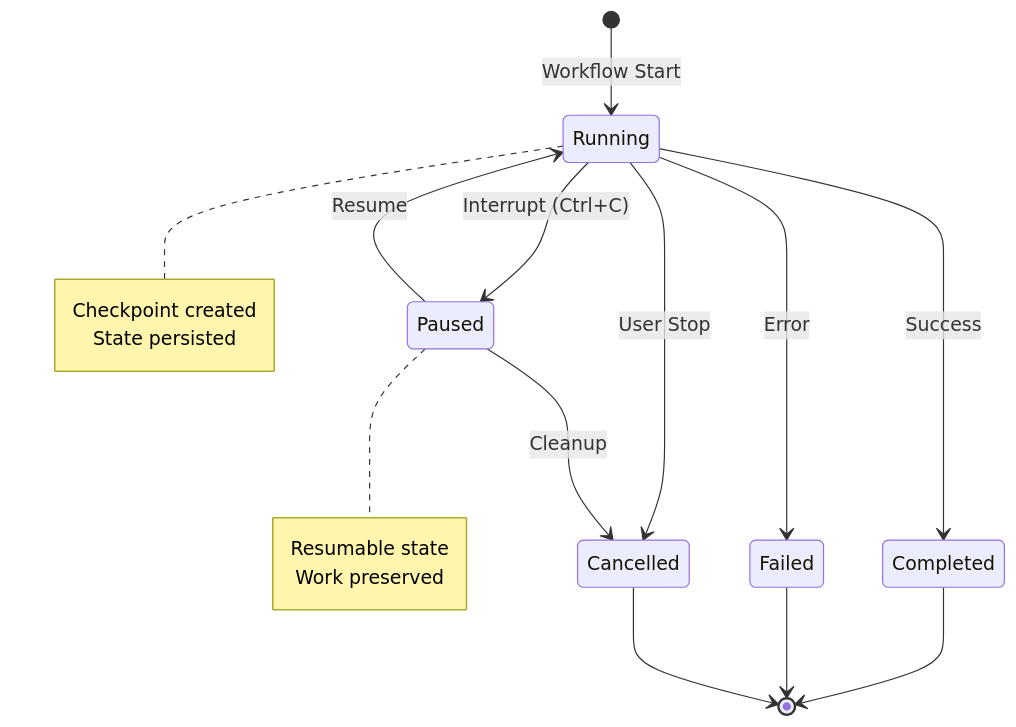
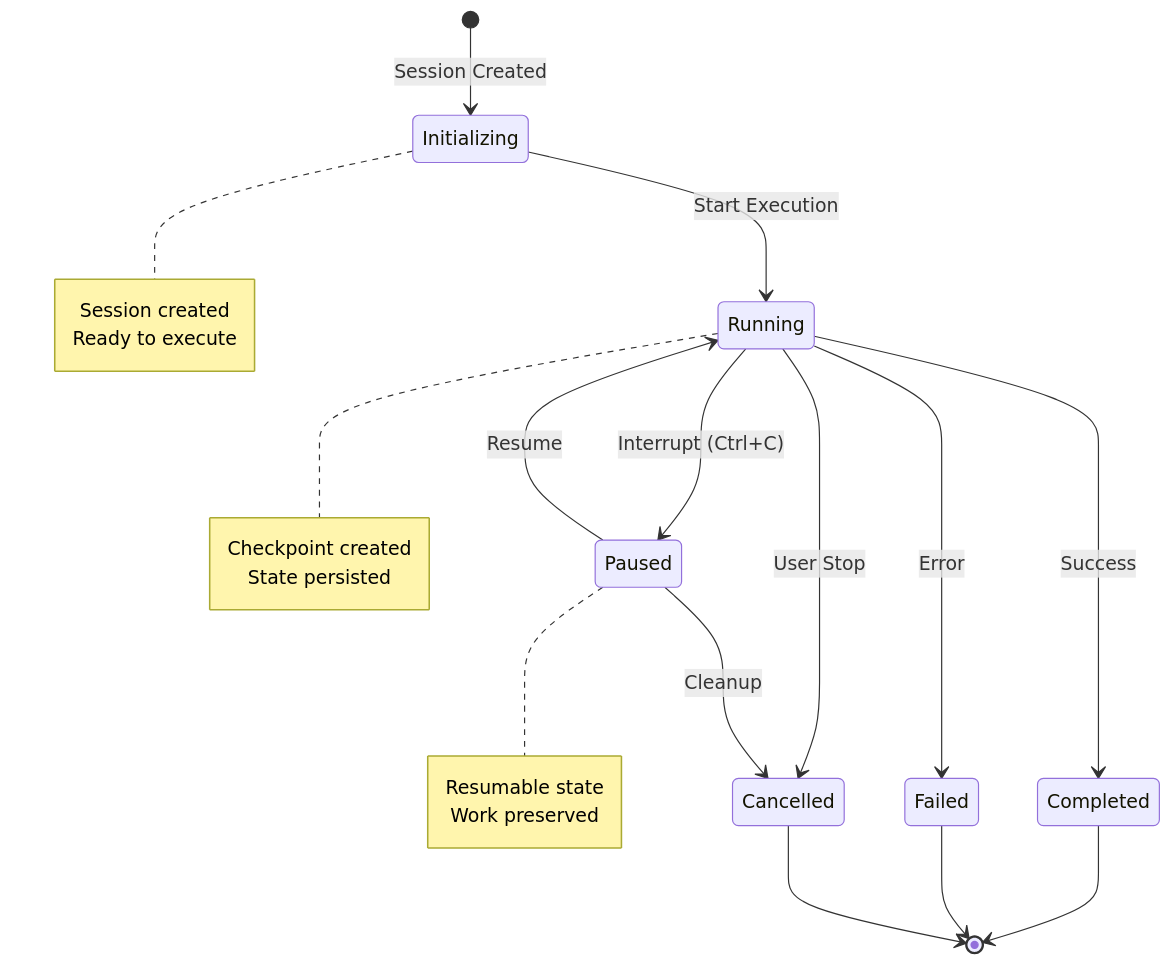
The first of 2 diagrams in docs/advanced/sessions.md (iepathos/prodigy), drawn with Mermaid before and after one commit. The commit also changed other lines of this file, not shown here.

````diff
--- a/docs/advanced/sessions.md
+++ b/docs/advanced/sessions.md
@@ -73,25 +74,31 @@
 ```mermaid
 stateDiagram-v2
-    [*] --> Running: Workflow Start
+    [*] --> Initializing: Session Created
+    Initializing --> Running: Start Execution
     Running --> Paused: Interrupt (Ctrl+C)
     Running --> Completed: Success
     Running --> Failed: Error
     Running --> Cancelled: User Stop
 
     Paused --> Running: Resume
     Paused --> Cancelled: Cleanup
 
     Completed --> [*]
     Failed --> [*]
     Cancelled --> [*]
 
+    note right of Initializing
+        Session created
+        Ready to execute
+    end note
+
     note right of Running
         Checkpoint created
         State persisted
     end note
 
     note right of Paused
         Resumable state
         Work preserved
     end note
 ```
````
